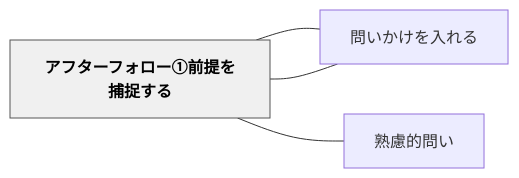
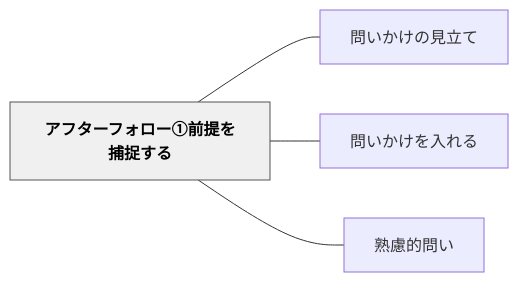
One commit to unknownthings-ed-patterns/unknownthings-ed-patterns changed the diagram in content/パタン/アフターフォロー①前提を捕捉する.md. Above: the diagram before and after it, drawn with Mermaid. The commit also changed 527 other files, not shown here.

````diff
--- a/content/パタン/アフターフォロー①前提を捕捉する.md
+++ b/content/パタン/アフターフォロー①前提を捕捉する.md
@@ -40,14 +40,14 @@
 ```mermaid
 flowchart LR
-    ne382a2e38395["アフターフォロー①前提を捕捉する"]
-    ne5958fe38184["問いかけの見立て"]
-    ne5958fe38184["問いかけを入れる"]
-    ne7869fe685ae["熟慮的問い"]
+    ne382a2e38395e382bfe383bce38395e382a9e383ade383bce291a0e5898de68f90e38292e68d95e68d89e38199e3828b["アフターフォロー①前提を捕捉する"]
+    ne5958fe38184e3818be38191e381aee8a68be7ab8be381a6["問いかけの見立て"]
+    ne5958fe38184e3818be38191e38292e585a5e3828ce3828b["問いかけを入れる"]
+    ne7869fe685aee79a84e5958fe38184["熟慮的問い"]
 
-    ne382a2e38395 --- ne5958fe38184
-    ne382a2e38395 --- ne5958fe38184
-    ne382a2e38395 --- ne7869fe685ae
+    ne382a2e38395e382bfe383bce38395e382a9e383ade383bce291a0e5898de68f90e38292e68d95e68d89e38199e3828b --- ne5958fe38184e3818be38191e381aee8a68be7ab8be381a6
+    ne382a2e38395e382bfe383bce38395e382a9e383ade383bce291a0e5898de68f90e38292e68d95e68d89e38199e3828b --- ne5958fe38184e3818be38191e38292e585a5e3828ce3828b
+    ne382a2e38395e382bfe383bce38395e382a9e383ade383bce291a0e5898de68f90e38292e68d95e68d89e38199e3828b --- ne7869fe685aee79a84e5958fe38184
 
     classDef hub fill:#f0f0f0,stroke:#555,color:#000,font-weight:bold
-    class ne382a2e38395 hub
+    class ne382a2e38395e382bfe383bce38395e382a9e383ade383bce291a0e5898de68f90e38292e68d95e68d89e38199e3828b hub
 ```
````
